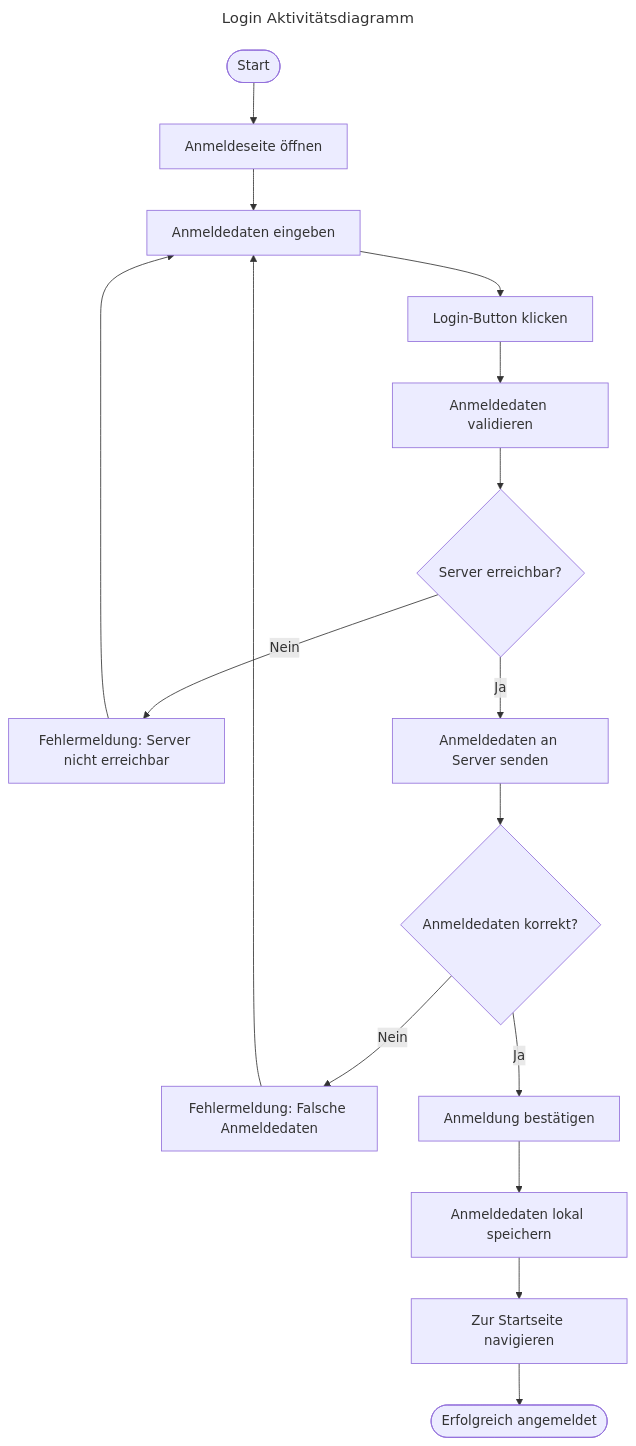
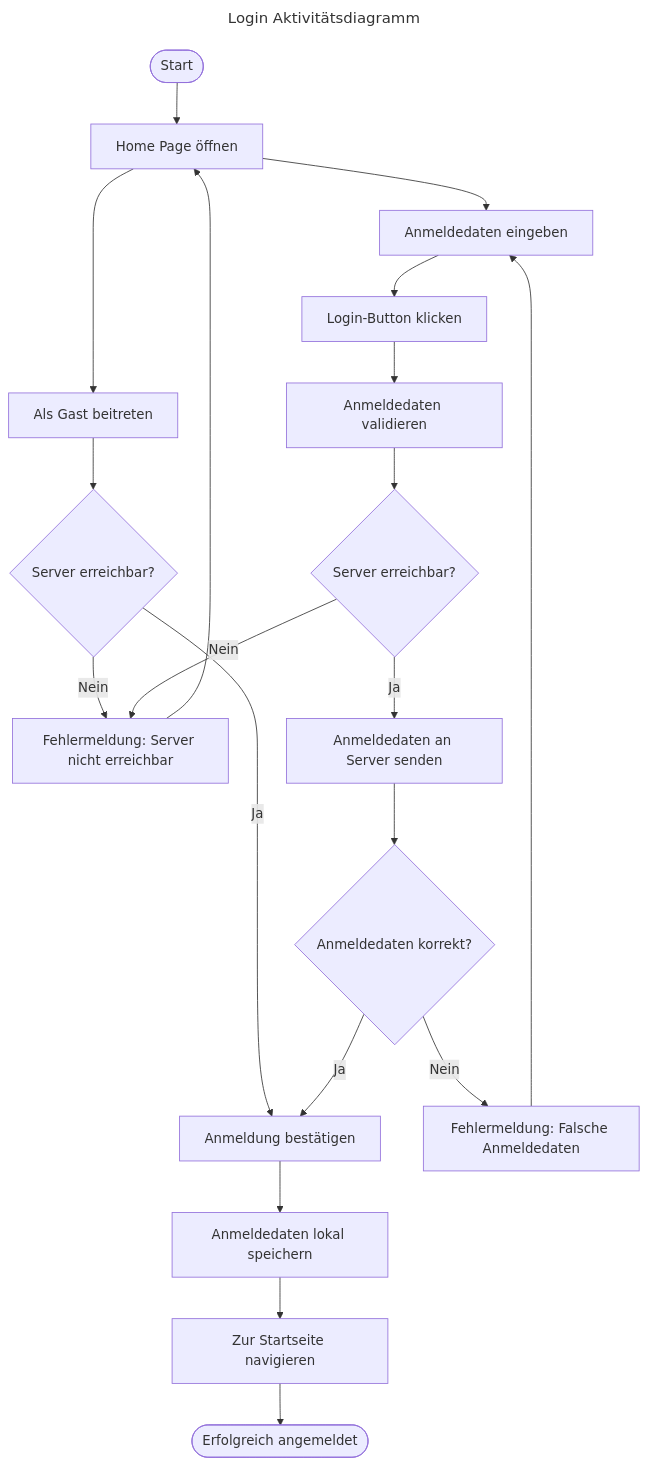
The second of 2 diagrams in srs/account_management/login/login.md (Hexfields-Studio/HexfieldsDominion-Artefacts), drawn with Mermaid before and after one commit.

Commit message:
Update Activitätsdiagramm

````diff
--- a/srs/account_management/login/login.md
+++ b/srs/account_management/login/login.md
@@ -81,26 +81,35 @@
 ```mermaid
 ---
 title: Login Aktivitätsdiagramm
 ---
 flowchart TD
-    A([Start]) --> B[Anmeldeseite öffnen]
+    A([Start]) --> B[Home Page öffnen]
     B --> C[Anmeldedaten eingeben]
+    B --> X[Als Gast beitreten]
+    X --> Y{Server erreichbar?}
+    Y -- Nein --> G[Fehlermeldung: Server nicht erreichbar]
+    Y -- Ja --> K[Anmeldung bestätigen]
     C --> D[Login-Button klicken]
     D --> E[Anmeldedaten validieren]
     E --> F{Server erreichbar?}
     
-    F -- Nein --> G[Fehlermeldung: Server nicht erreichbar]
+    F -- Nein --> G
     F -- Ja --> H[Anmeldedaten an Server senden]
     
     H --> I{Anmeldedaten korrekt?}
     
     I -- Nein --> J[Fehlermeldung: Falsche Anmeldedaten]
-    I -- Ja --> K[Anmeldung bestätigen]
+    I -- Ja --> K
     
     K --> L[Anmeldedaten lokal speichern]
     L --> M[Zur Startseite navigieren]
     M --> N([Erfolgreich angemeldet])
     
-    G --> C
+    G --> B
     J --> C
+    
+    style A fill:#green
+    style N fill:#red
+    style G fill:#orange
+    style J fill:#orange
 ```
````
